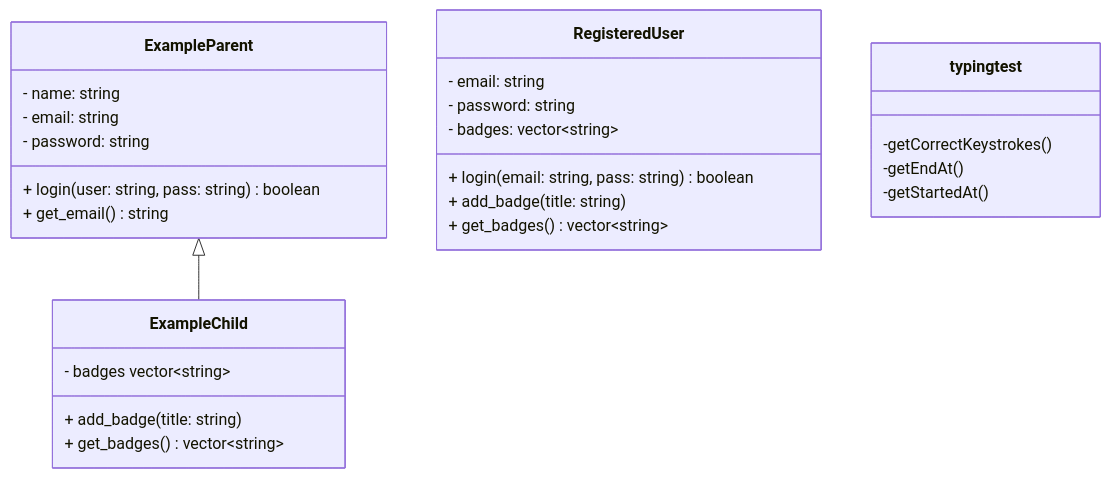
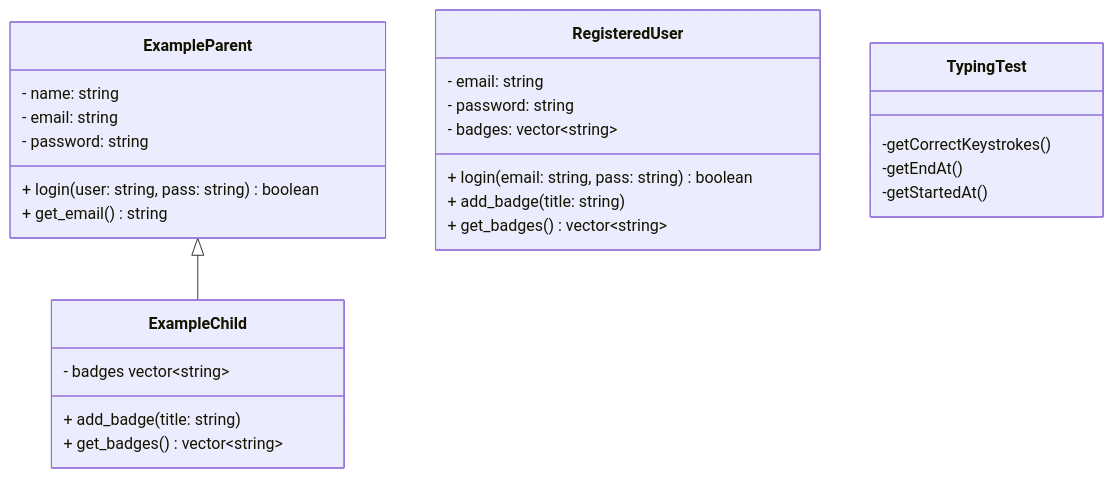
Before and after one commit to lucascameron600/tippitytappity-design: the diagram in README.md, drawn with Mermaid.

````diff
--- a/README.md
+++ b/README.md
@@ -8,29 +8,29 @@
 ```mermaid
 classDiagram
   ExampleParent <|-- ExampleChild
   class ExampleParent{
         - name: string
         - email: string
         - password: string
         + login(user: string, pass: string) boolean
         + get_email() string
   }
   class ExampleChild{
         - badges vector~string~
         + add_badge(title: string)
         + get_badges() vector~string~
   }
   class RegisteredUser{
     - email: string
     - password: string
     - badges: vector~string~
     + login(email: string, pass: string) boolean
     + add_badge(title: string)
     + get_badges() vector~string~
   }
-  class typing test{
+  class TypingTest{
 -getCorrectKeystrokes()
 -getEndAt()
 -getStartedAt()
   }
 ```
````
